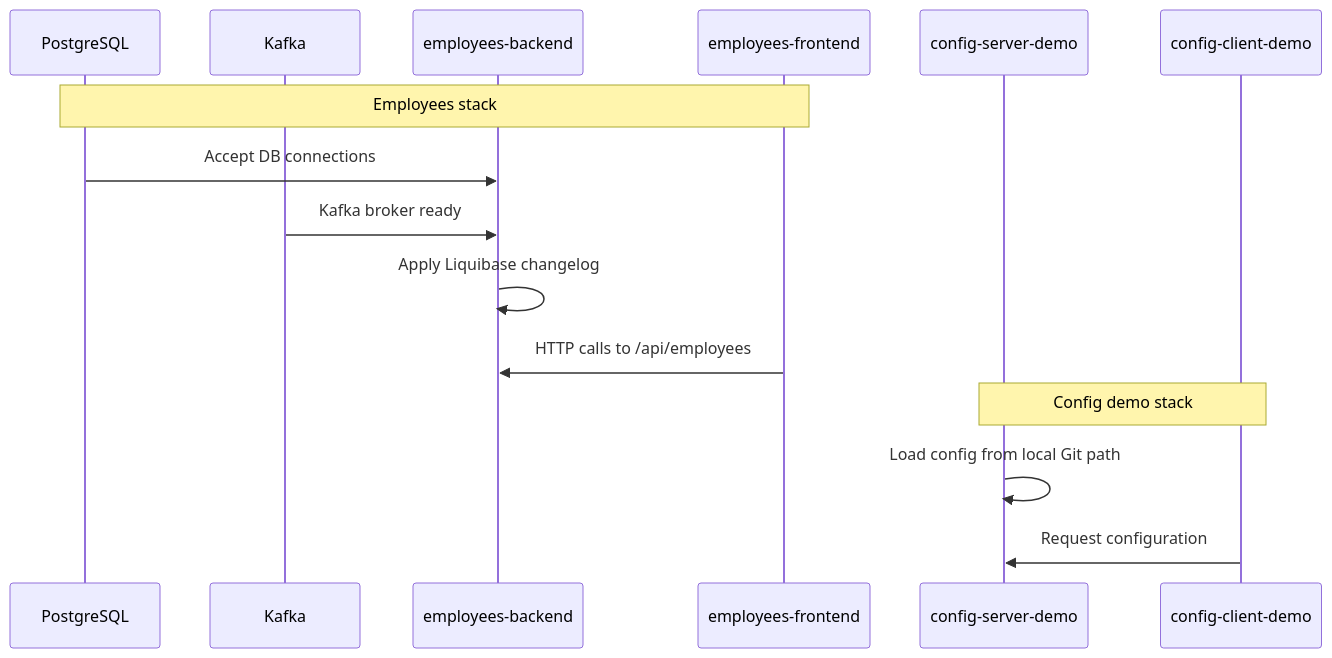
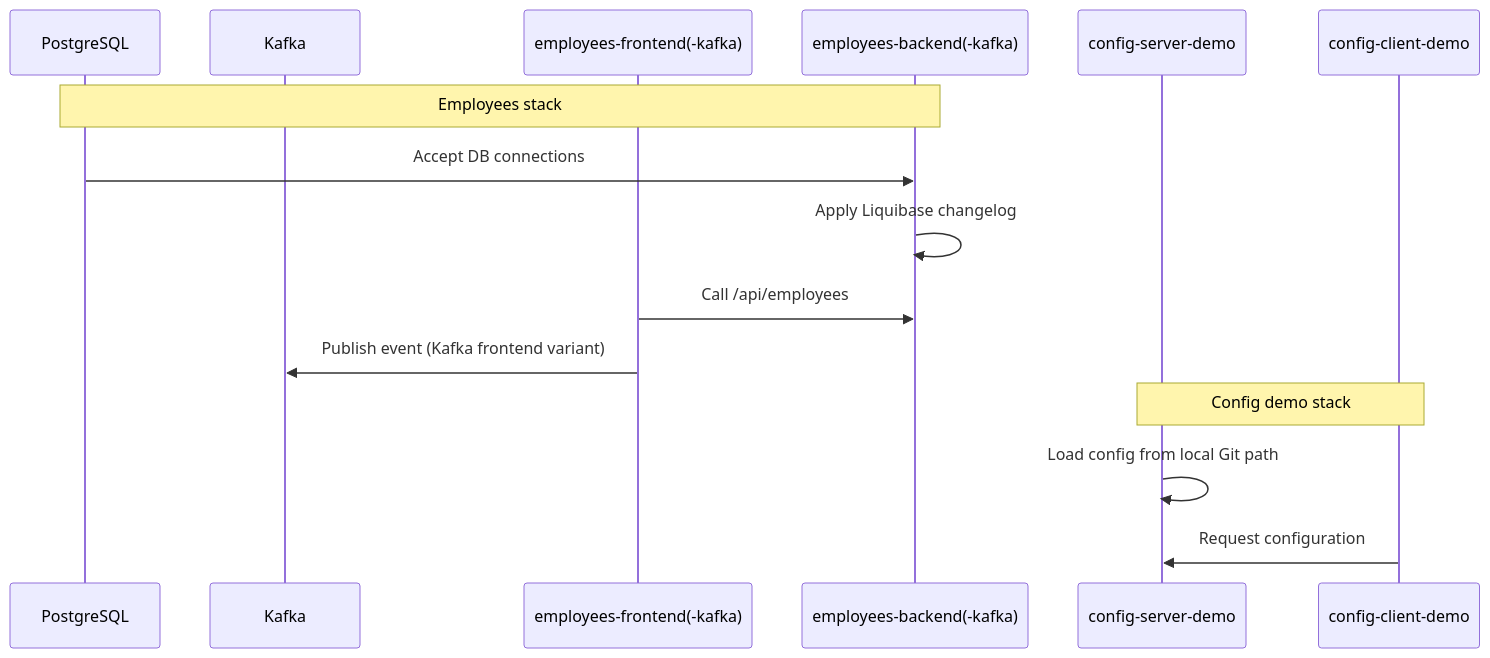
Before and after one commit to CSonTi04/javax-sc-2026-05-06: the second of 2 diagrams in README.md, drawn with Mermaid. The commit also changed other lines of this file, not shown here.

Commit message:
update README to clarify repository structure and Kafka-enabled app variants

````diff
--- a/README.md
+++ b/README.md
@@ -130,19 +130,19 @@
 ```mermaid
 sequenceDiagram
     participant DB as PostgreSQL
     participant K as Kafka
-    participant BE as employees-backend
-    participant FE as employees-frontend
+    participant FE as employees-frontend(-kafka)
+    participant BE as employees-backend(-kafka)
     participant CS as config-server-demo
     participant CC as config-client-demo
 
-    Note over DB,FE: Employees stack
+    Note over DB,BE: Employees stack
     DB->>BE: Accept DB connections
-    K->>BE: Kafka broker ready
     BE->>BE: Apply Liquibase changelog
-    FE->>BE: HTTP calls to /api/employees
+    FE->>BE: Call /api/employees
+    FE->>K: Publish event (Kafka frontend variant)
 
     Note over CS,CC: Config demo stack
     CS->>CS: Load config from local Git path
     CC->>CS: Request configuration
 ```
````
